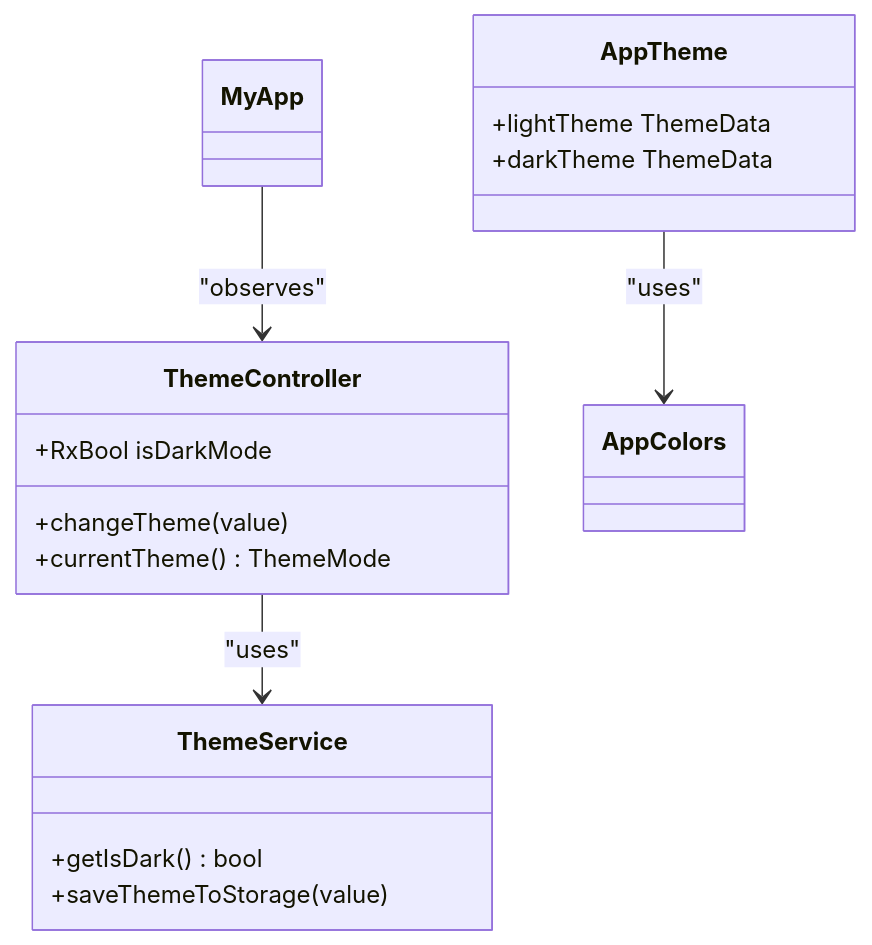
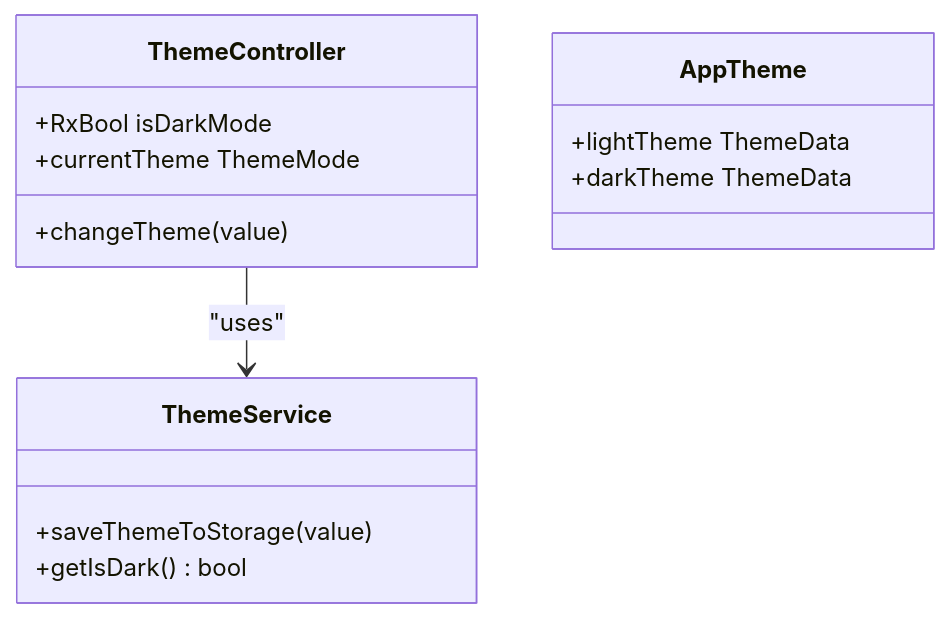
Before and after one commit to Ariful3111/FurniGo: the fifth of 8 diagrams in .qoder/repowiki/en/content/Architecture Overview/Architecture Overview.md, drawn with Mermaid. The commit also changed other lines of this file and 115 other files, not shown here.

````diff
--- a/.qoder/repowiki/en/content/Architecture Overview/Architecture Overview.md
+++ b/.qoder/repowiki/en/content/Architecture Overview/Architecture Overview.md
@@ -198,19 +217,17 @@
 ```mermaid
 classDiagram
 class ThemeController {
 +RxBool isDarkMode
 +changeTheme(value)
-+currentTheme() ThemeMode
++currentTheme ThemeMode
 }
 class ThemeService {
++saveThemeToStorage(value)
 +getIsDark() bool
-+saveThemeToStorage(value)
 }
 class AppTheme {
 +lightTheme ThemeData
 +darkTheme ThemeData
 }
 ThemeController --> ThemeService : "uses"
-MyApp --> ThemeController : "observes"
-AppTheme --> AppColors : "uses"
 ```
````
